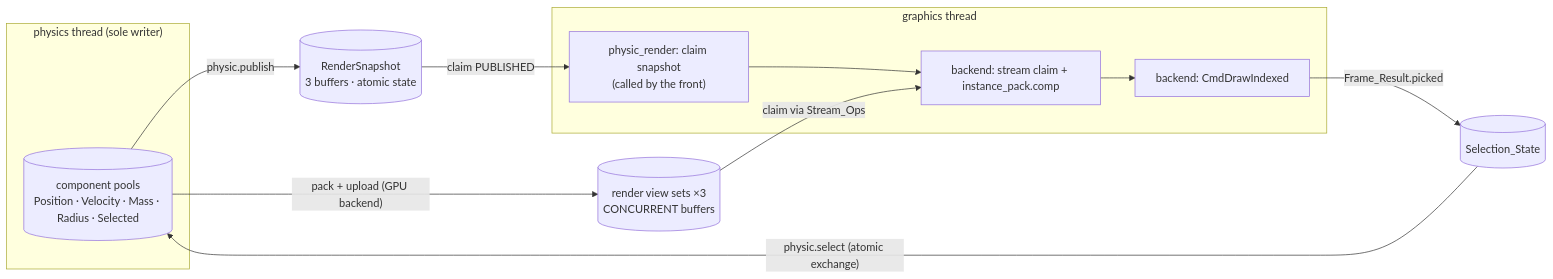
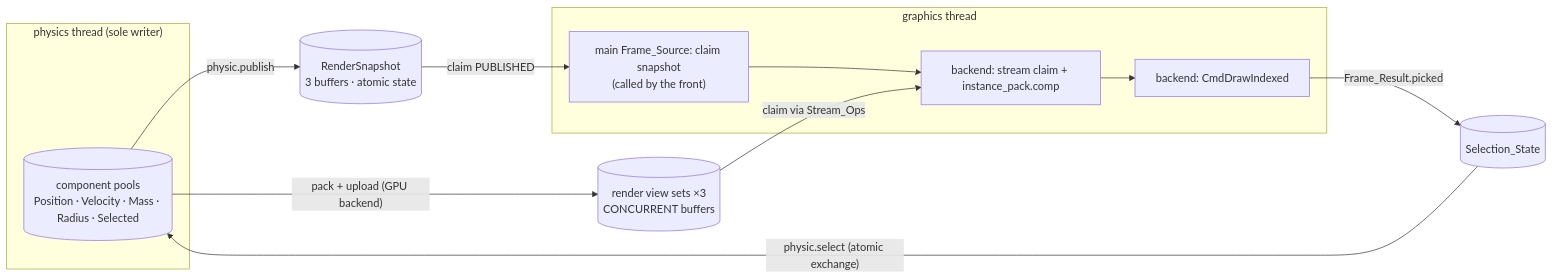
One commit to TanukiConDos/Gravity-Simulator changed the seventh of 7 diagrams in docs/architecture.md. Above: the diagram before and after it, drawn with Mermaid. The commit also changed other lines of this file and 5 other files, not shown here.

First line of the commit message:
docs: main owns the frame-source adapter as orchestrator

````diff
--- a/docs/architecture.md
+++ b/docs/architecture.md
@@ -278,21 +268,21 @@
 ```mermaid
 flowchart LR
     subgraph PT["physics thread (sole writer)"]
         pools[("component pools<br/>Position · Velocity · Mass · Radius · Selected")]
     end
 
     pools -->|"physic.publish"| snap[("RenderSnapshot<br/>3 buffers · atomic state")]
     pools -->|"pack + upload (GPU backend)"| sets[("render view sets ×3<br/>CONCURRENT buffers")]
 
     subgraph GT["graphics thread"]
-        pick["physic_render: claim snapshot<br/>(called by the front)"]
+        pick["main Frame_Source: claim snapshot<br/>(called by the front)"]
         pack["backend: stream claim + instance_pack.comp"]
         draw["backend: CmdDrawIndexed"]
         pick --> pack --> draw
     end
 
     snap -->|"claim PUBLISHED"| pick
     sets -->|"claim via Stream_Ops"| pack
     draw -->|"Frame_Result.picked"| sel[("Selection_State")]
     sel -->|"physic.select (atomic exchange)"| pools
 ```
````
